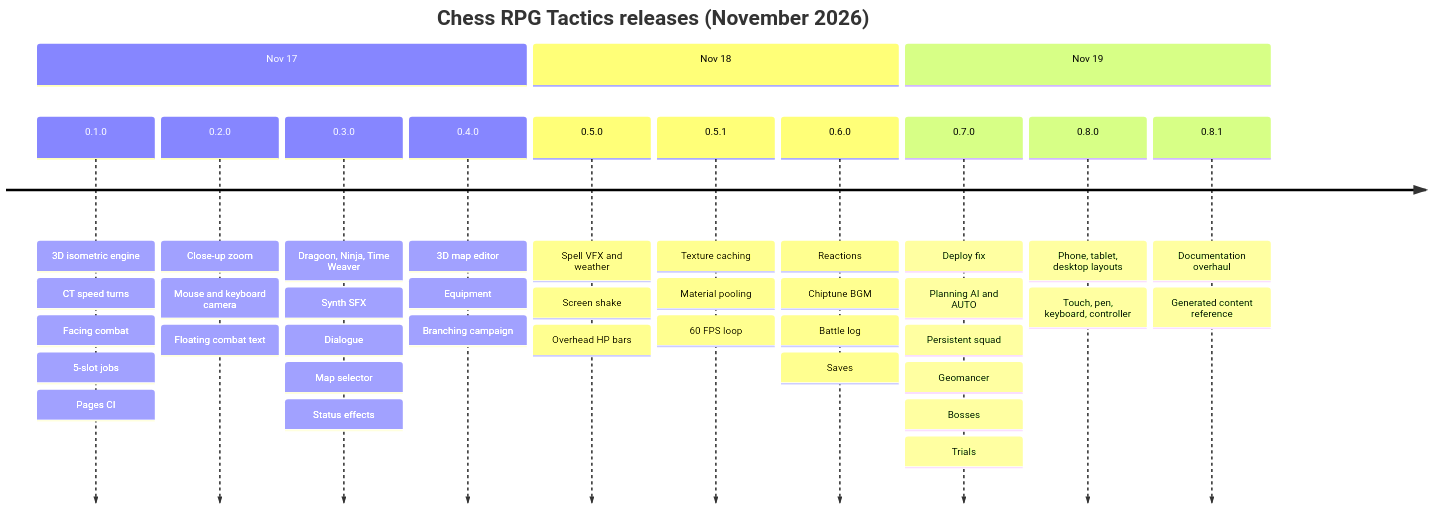
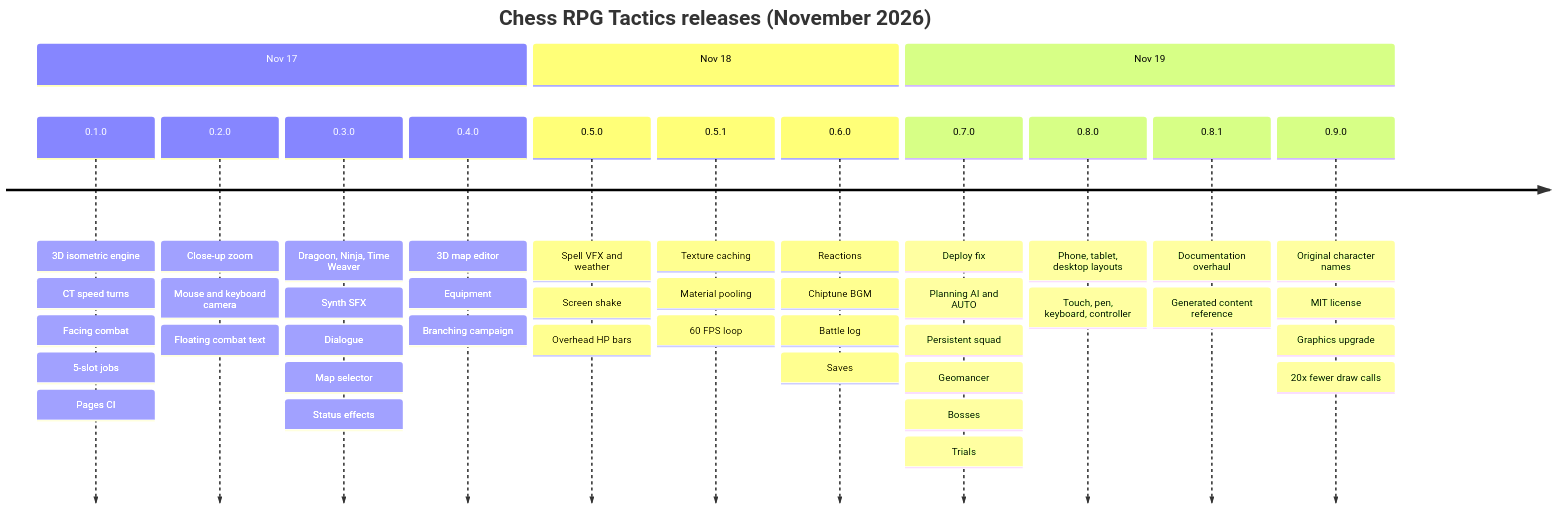
One commit to CptNope/Chess-RPG-Tactics changed the first of 4 diagrams in docs/ROADMAP.md. Above: the diagram before and after it, drawn with Mermaid. The commit also changed other lines of this file and 27 other files, not shown here.

First line of the commit message:
0.9.0: original character names, MIT license, graphics upgrade

````diff
--- a/docs/ROADMAP.md
+++ b/docs/ROADMAP.md
@@ -11,17 +11,18 @@
 ```mermaid
 timeline
     title Chess RPG Tactics releases (November 2026)
     section Nov 17
         0.1.0 : 3D isometric engine : CT speed turns : Facing combat : 5-slot jobs : Pages CI
         0.2.0 : Close-up zoom : Mouse and keyboard camera : Floating combat text
         0.3.0 : Dragoon, Ninja, Time Weaver : Synth SFX : Dialogue : Map selector : Status effects
         0.4.0 : 3D map editor : Equipment : Branching campaign
     section Nov 18
         0.5.0 : Spell VFX and weather : Screen shake : Overhead HP bars
         0.5.1 : Texture caching : Material pooling : 60 FPS loop
         0.6.0 : Reactions : Chiptune BGM : Battle log : Saves
     section Nov 19
         0.7.0 : Deploy fix : Planning AI and AUTO : Persistent squad : Geomancer : Bosses : Trials
         0.8.0 : Phone, tablet, desktop layouts : Touch, pen, keyboard, controller
         0.8.1 : Documentation overhaul : Generated content reference
+        0.9.0 : Original character names : MIT license : Graphics upgrade : 20x fewer draw calls
 ```
````
